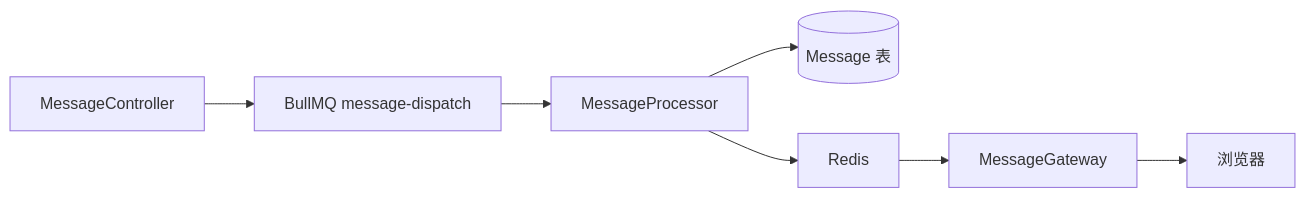
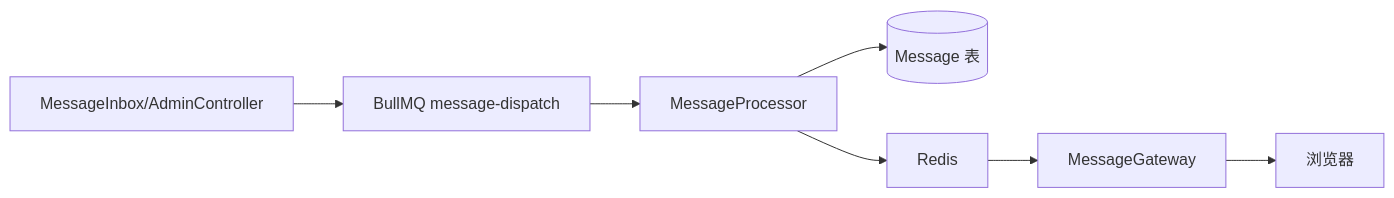
One commit to xzz2021/admin changed the second of 2 diagrams in docs/architecture/data-flow.md. Above: the diagram before and after it, drawn with Mermaid. The commit also changed 16 other files, not shown here.

````diff
--- a/docs/architecture/data-flow.md
+++ b/docs/architecture/data-flow.md
@@ -42,9 +42,9 @@
 ```mermaid
 flowchart LR
-  API[MessageController] --> Queue[BullMQ message-dispatch]
+  API[MessageInbox/AdminController] --> Queue[BullMQ message-dispatch]
   Queue --> Worker[MessageProcessor]
   Worker --> PG[(Message 表)]
   Worker --> Redis
   Redis --> WS[MessageGateway]
   WS --> Client[浏览器]
 ```
````
